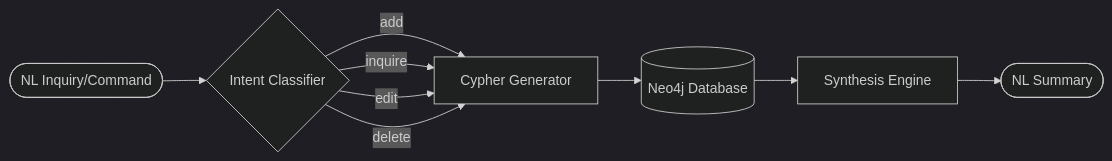
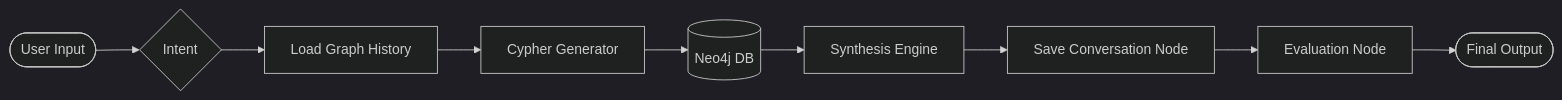
One commit to aminashaheen16/AI-Powered-Chatbots-Project changed the second of 3 diagrams in architecture.md. Above: the diagram before and after it, drawn with Mermaid (dark theme). The commit also changed other lines of this file and 8 other files, not shown here.

````diff
--- a/architecture.md
+++ b/architecture.md
@@ -32,13 +29,11 @@
 ```mermaid
 graph LR
-    Input([NL Inquiry/Command]) --> Classify{Intent Classifier}
-    
-    Classify -- add --> Cypher[Cypher Generator]
-    Classify -- inquire --> Cypher
-    Classify -- edit --> Cypher
-    Classify -- delete --> Cypher
-    
-    Cypher --> Neo[(Neo4j Database)]
-    Neo --> Engine[Synthesis Engine]
-    Engine --> Output([NL Summary])
+    Input([User Input]) --> Classify{Intent}
+    Classify --> Mem[Load Graph History]
+    Mem --> Gen[Cypher Generator]
+    Gen --> Neo[(Neo4j DB)]
+    Neo --> Synth[Synthesis Engine]
+    Synth --> Save[Save Conversation Node]
+    Save --> Eval[Evaluation Node]
+    Eval --> Output([Final Output])
 ```
````
